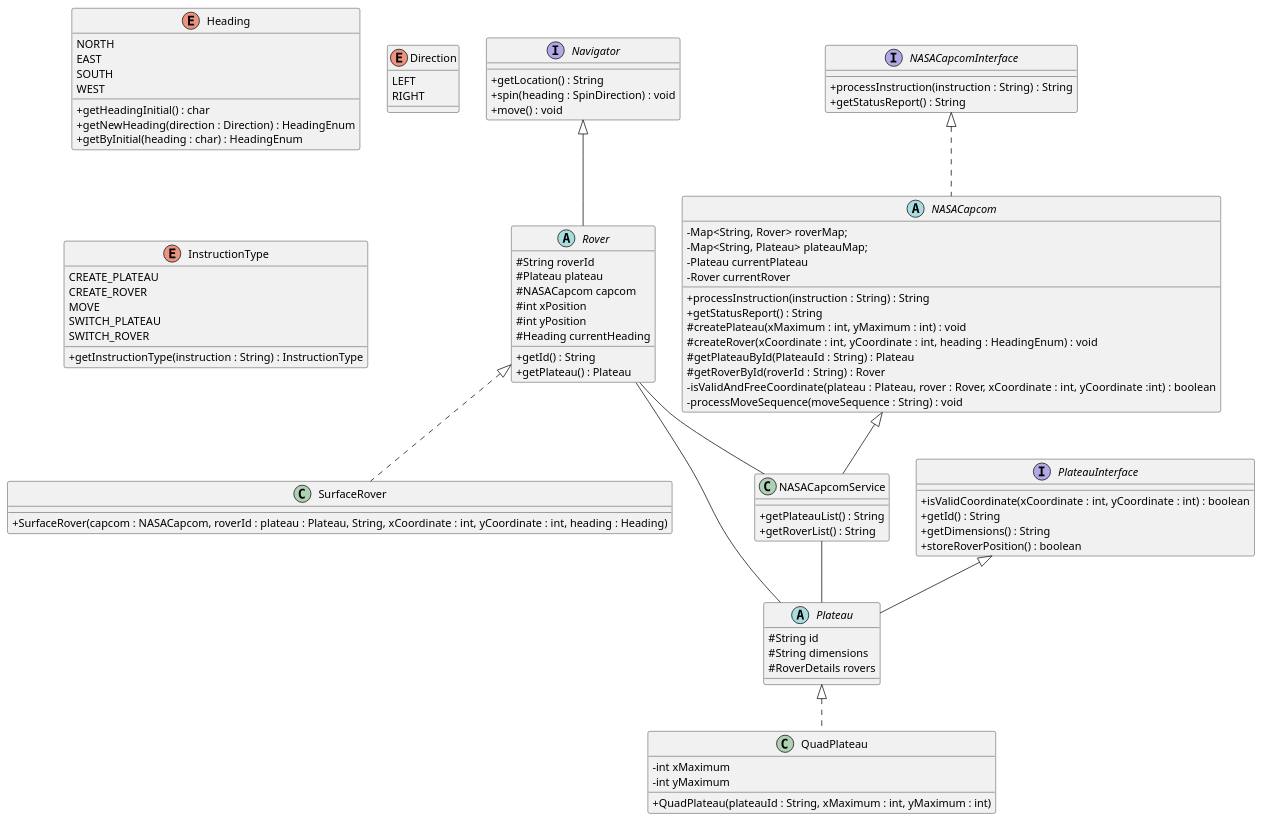
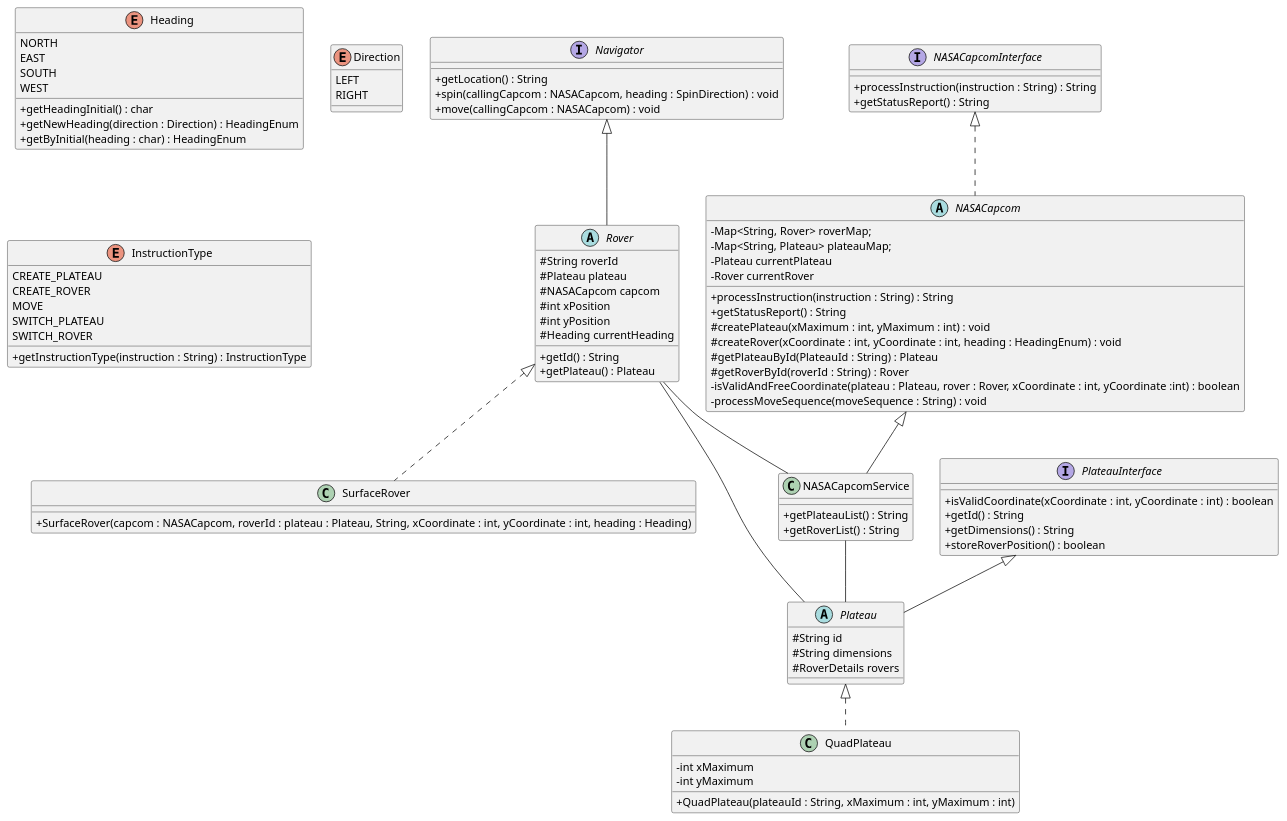
One commit to probert999/mars-rover changed the diagram in uml/MarsRoverClassDiagram.puml. Above: the diagram before and after it, drawn with PlantUML. The commit also changed 5 other files, not shown here.

Commit message:
Rover check that owning capcom is calling spin and move

```diff
--- a/uml/MarsRoverClassDiagram.puml
+++ b/uml/MarsRoverClassDiagram.puml
@@ -1,109 +1,109 @@
 @startuml
 skinparam classAttributeIconSize 0
 
 interface Navigator {
     + getLocation() : String
-    + spin(heading : SpinDirection) : void
-    + move() : void
+    + spin(callingCapcom : NASACapcom, heading : SpinDirection) : void
+    + move(callingCapcom : NASACapcom) : void
 }
 
 abstract class Rover extends Navigator  {
   # String roverId
   # Plateau plateau
   # NASACapcom capcom
   # int xPosition
   # int yPosition
   # Heading currentHeading
 
   + getId() : String
   + getPlateau() : Plateau
 }
 
 class SurfaceRover implements Rover  {
     + SurfaceRover(capcom : NASACapcom, roverId : plateau : Plateau, String, xCoordinate : int, yCoordinate : int, heading : Heading)
 }
 
 interface PlateauInterface  {
    + isValidCoordinate(xCoordinate : int, yCoordinate : int) : boolean
    + getId() : String
    + getDimensions() : String
    + storeRoverPosition() : boolean
 }
 
 abstract class Plateau extends PlateauInterface {
   # String id
   # String dimensions
   # RoverDetails rovers
 }
 
 class QuadPlateau implements Plateau {
   - int xMaximum
   - int yMaximum
 
    + QuadPlateau(plateauId : String, xMaximum : int, yMaximum : int)
 }
 
 
 enum Heading
 {
 NORTH
 EAST
 SOUTH
 WEST
 + getHeadingInitial() : char
 + getNewHeading(direction : Direction) : HeadingEnum
 + getByInitial(heading : char) : HeadingEnum
 }
 
 enum Direction
 {
 LEFT
 RIGHT
 }
 
 enum InstructionType
 {
 CREATE_PLATEAU
 CREATE_ROVER
 MOVE
 SWITCH_PLATEAU
 SWITCH_ROVER
 + getInstructionType(instruction : String) : InstructionType
 }
 
 interface NASACapcomInterface {
   + processInstruction(instruction : String) : String
   + getStatusReport() : String
 }
 
 abstract class NASACapcom implements NASACapcomInterface {
   - Map<String, Rover> roverMap;
   - Map<String, Plateau> plateauMap;
   - Plateau currentPlateau
   - Rover currentRover
 
   + processInstruction(instruction : String) : String
   + getStatusReport() : String
   # createPlateau(xMaximum : int, yMaximum : int) : void
   # createRover(xCoordinate : int, yCoordinate : int, heading : HeadingEnum) : void
   # getPlateauById(PlateauId : String) : Plateau
   # getRoverById(roverId : String) : Rover
   - isValidAndFreeCoordinate(plateau : Plateau, rover : Rover, xCoordinate : int, yCoordinate :int) : boolean
   - processMoveSequence(moveSequence : String) : void
 }
 
 class NASACapcomService extends NASACapcom
 {
   + getPlateauList() : String
   + getRoverList() : String
 }
 
 NASACapcomService -- Plateau
 Rover -- NASACapcomService
 Rover -- Plateau
 
 Heading -[Hidden] Navigator
 Heading -[hidden] Direction
 Heading -[hidden]d-> InstructionType
 
 @enduml
```
